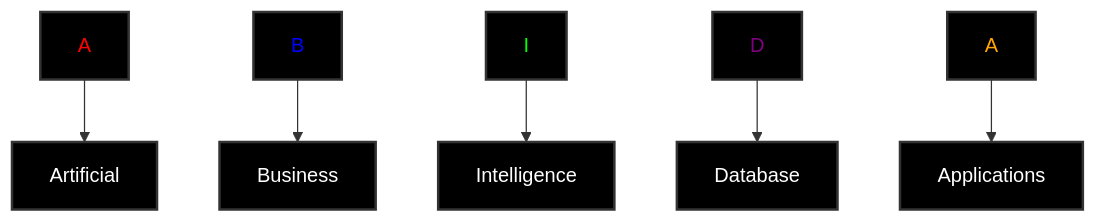
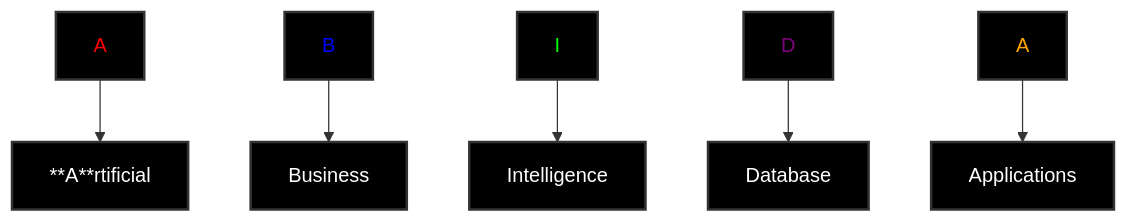
The diagram in README.md (JaewooJoung/Abida.jl), drawn with Mermaid before and after one commit.

````diff
--- a/README.md
+++ b/README.md
@@ -4,29 +4,29 @@
 ```mermaid
 graph TD;
     A1[A]:::red;
-    A2[Artificial];
+    A2[**A**rtificial];
     B1[B]:::blue;
     B2[Business];
     C1[I]:::green;
     C2[Intelligence];
     D1[D]:::purple;
     D2[Database];
     E1[A]:::orange;
     E2[Applications];
 
     A1 --> A2;
     B1 --> B2;
     C1 --> C2;
     D1 --> D2;
     E1 --> E2;
 
     classDef red fill:#000,stroke:#333,stroke-width:2px,color:#f00;
     classDef blue fill:#000,stroke:#333,stroke-width:2px,color:#00f;
     classDef green fill:#000,stroke:#333,stroke-width:2px,color:#0f0;
     classDef purple fill:#000,stroke:#333,stroke-width:2px,color:#800080;
     classDef orange fill:#000,stroke:#333,stroke-width:2px,color:#ffa500;
     classDef default fill:#000,stroke:#333,stroke-width:2px,color:#fff;
 
     class A2,B2,C2,D2,E2 default;
 
 ```
````
